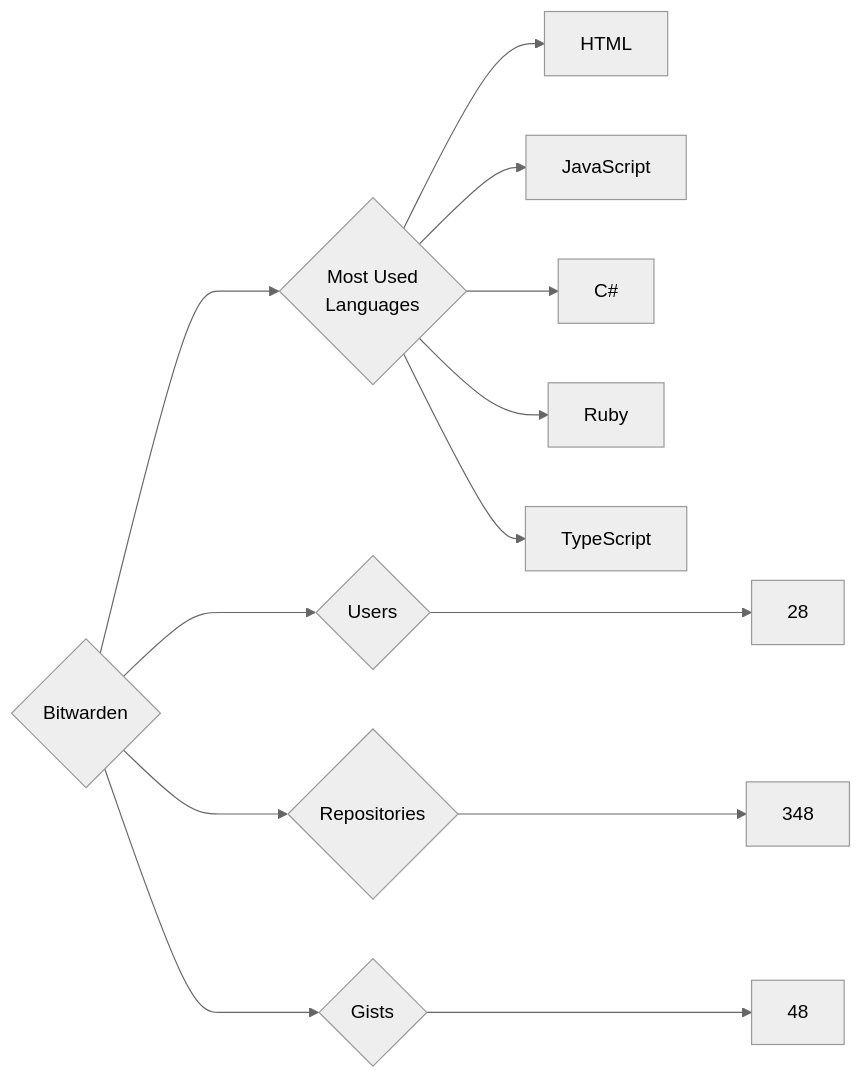
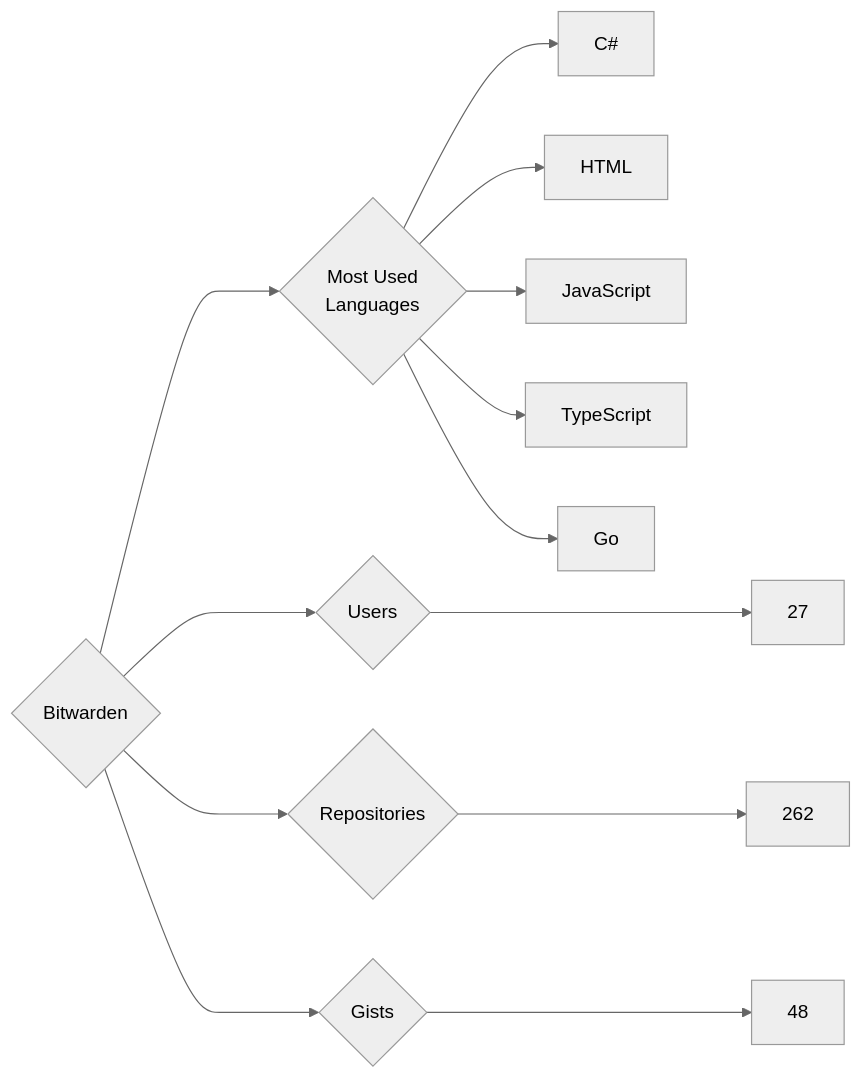
The diagram in targets/Bitwarden/README.md (trickest/insiders), drawn with Mermaid (neutral theme) before and after one commit. The commit also changed 682 other files, not shown here.

````diff
--- a/targets/Bitwarden/README.md
+++ b/targets/Bitwarden/README.md
@@ -3,13 +3,13 @@
 ```mermaid
 graph LR
 COMPANY_NAME{Bitwarden}
-COMPANY_NAME ---> U{Users} ---> UN[28]
-COMPANY_NAME ---> R{Repositories} ---> RN[348]
+COMPANY_NAME ---> U{Users} ---> UN[27]
+COMPANY_NAME ---> R{Repositories} ---> RN[262]
 COMPANY_NAME ---> G{Gists} ---> GN[48]
 COMPANY_NAME ---> ML{Most Used<br>Languages}
+ML --> C#[C#]
 ML --> HTML[HTML]
 ML --> JavaScript[JavaScript]
-ML --> C#[C#]
-ML --> Ruby[Ruby]
 ML --> TypeScript[TypeScript]
+ML --> Go[Go]
 ```
````
